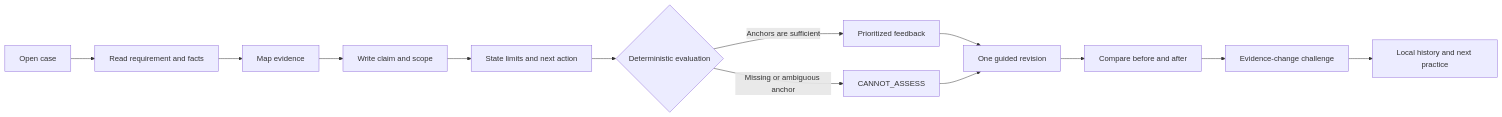
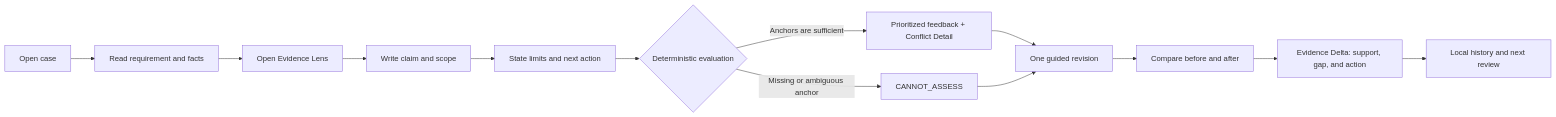
Before and after one commit to AndroLay/evidrilo: the first of 3 diagrams in README.md, drawn with Mermaid. The commit also changed other lines of this file and 28 other files, not shown here.

Commit message:
feat: close evidence graph semantic gaps

```diff
--- a/README.md
+++ b/README.md
@@ -63,15 +71,15 @@
 ~~~mermaid
 flowchart LR
     A[Open case] --> B[Read requirement and facts]
-    B --> C[Map evidence]
+    B --> C[Open Evidence Lens]
     C --> D[Write claim and scope]
     D --> E[State limits and next action]
     E --> F{Deterministic evaluation}
-    F -->|Anchors are sufficient| G[Prioritized feedback]
+    F -->|Anchors are sufficient| G[Prioritized feedback + Conflict Detail]
     F -->|Missing or ambiguous anchor| H[CANNOT_ASSESS]
     G --> I[One guided revision]
     H --> I
     I --> J[Compare before and after]
-    J --> K[Evidence-change challenge]
-    K --> L[Local history and next practice]
+    J --> K[Evidence Delta: support, gap, and action]
+    K --> L[Local history and next review]
 ~~~
```
